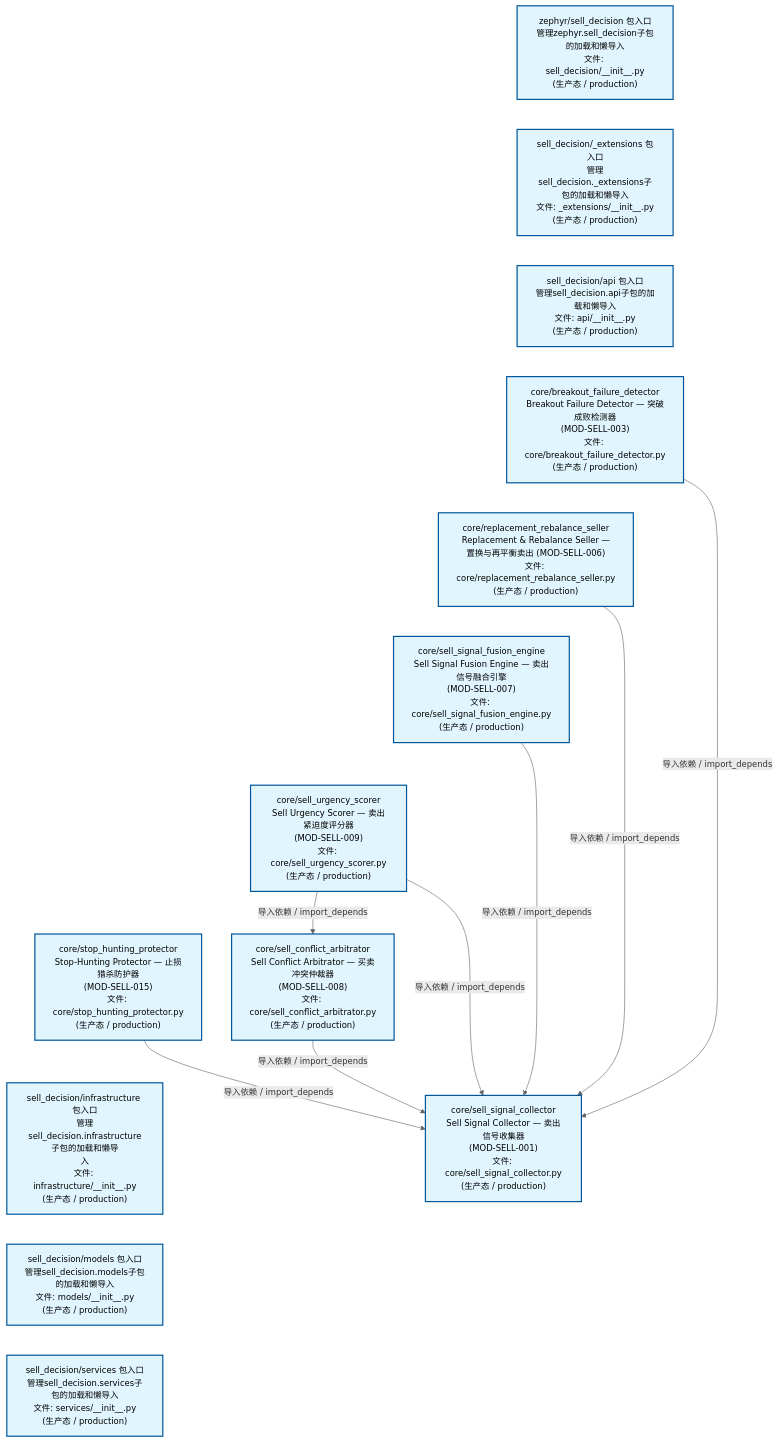
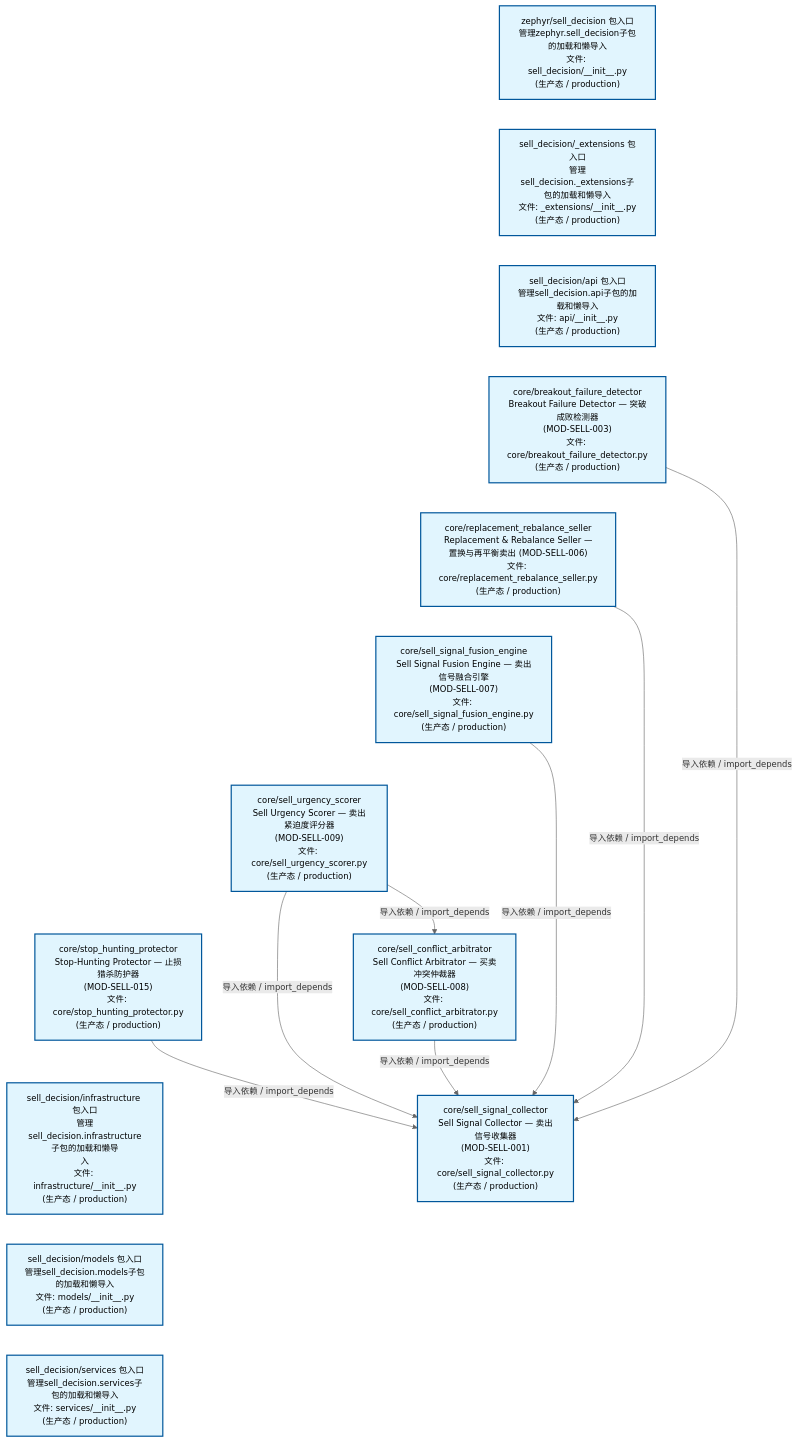
One commit to xuanFelixVan/ZephyrAlpha changed the second of 4 diagrams in docs/02_enterprise_architecture/02_domain_architecture_docs/67_d_sell_decision.md. Above: the diagram before and after it, drawn with Mermaid. The commit also changed other lines of this file and 52 other files, not shown here.

````diff
--- a/docs/02_enterprise_architecture/02_domain_architecture_docs/67_d_sell_decision.md
+++ b/docs/02_enterprise_architecture/02_domain_architecture_docs/67_d_sell_decision.md
@@ -150,39 +150,39 @@
 ```mermaid
 %%{init: {'theme': 'base', 'themeVariables': {'primaryColor': '#eaeaea', 'primaryTextColor': '#333333', 'primaryBorderColor': '#666666', 'lineColor': '#666666', 'secondaryColor': '#eaeaea', 'tertiaryColor': '#eaeaea', 'fontSize': '14px'}}}%%
 flowchart TD
     src_zephyr_sell_decision_init_py["zephyr/sell_decision 包入口<br/>管理zephyr.sell_decision子包的加载和懒导入<br/>文件: sell_decision/__init__.py<br/>(生产态 / production)"]
     src_zephyr_sell_decision_extensions_init_py["sell_decision/_extensions 包入口<br/>管理sell_decision._extensions子包的加载和懒导入<br/>文件: _extensions/__init__.py<br/>(生产态 / production)"]
     src_zephyr_sell_decision_api_init_py["sell_decision/api 包入口<br/>管理sell_decision.api子包的加载和懒导入<br/>文件: api/__init__.py<br/>(生产态 / production)"]
     src_zephyr_sell_decision_core_breakout_failure_detector_py["core/breakout_failure_detector<br/>Breakout Failure Detector — 突破成败检测器<br/>(MOD-SELL-003)<br/>文件: core/breakout_failure_detector.py<br/>(生产态 / production)"]
     src_zephyr_sell_decision_core_replacement_rebalance_seller_py["core/replacement_rebalance_seller<br/>Replacement & Rebalance Seller —<br/>置换与再平衡卖出 (MOD-SELL-006)<br/>文件: core/replacement_rebalance_seller.py<br/>(生产态 / production)"]
     src_zephyr_sell_decision_core_sell_signal_fusion_engine_py["core/sell_signal_fusion_engine<br/>Sell Signal Fusion Engine — 卖出信号融合引擎<br/>(MOD-SELL-007)<br/>文件: core/sell_signal_fusion_engine.py<br/>(生产态 / production)"]
     src_zephyr_sell_decision_core_sell_urgency_scorer_py["core/sell_urgency_scorer<br/>Sell Urgency Scorer — 卖出紧迫度评分器<br/>(MOD-SELL-009)<br/>文件: core/sell_urgency_scorer.py<br/>(生产态 / production)"]
     src_zephyr_sell_decision_core_stop_hunting_protector_py["core/stop_hunting_protector<br/>Stop-Hunting Protector — 止损猎杀防护器<br/>(MOD-SELL-015)<br/>文件: core/stop_hunting_protector.py<br/>(生产态 / production)"]
     src_zephyr_sell_decision_infrastructure_init_py["sell_decision/infrastructure 包入口<br/>管理sell_decision.infrastructure子包的加载和懒导<br/>入<br/>文件: infrastructure/__init__.py<br/>(生产态 / production)"]
     src_zephyr_sell_decision_models_init_py["sell_decision/models 包入口<br/>管理sell_decision.models子包的加载和懒导入<br/>文件: models/__init__.py<br/>(生产态 / production)"]
     src_zephyr_sell_decision_services_init_py["sell_decision/services 包入口<br/>管理sell_decision.services子包的加载和懒导入<br/>文件: services/__init__.py<br/>(生产态 / production)"]
     src_zephyr_sell_decision_init_py ~~~ src_zephyr_sell_decision_extensions_init_py
     src_zephyr_sell_decision_extensions_init_py ~~~ src_zephyr_sell_decision_api_init_py
     src_zephyr_sell_decision_api_init_py ~~~ src_zephyr_sell_decision_core_breakout_failure_detector_py
     src_zephyr_sell_decision_core_breakout_failure_detector_py ~~~ src_zephyr_sell_decision_core_replacement_rebalance_seller_py
     src_zephyr_sell_decision_core_replacement_rebalance_seller_py ~~~ src_zephyr_sell_decision_core_sell_signal_fusion_engine_py
     src_zephyr_sell_decision_core_sell_signal_fusion_engine_py ~~~ src_zephyr_sell_decision_core_sell_urgency_scorer_py
     src_zephyr_sell_decision_core_sell_urgency_scorer_py ~~~ src_zephyr_sell_decision_core_stop_hunting_protector_py
     src_zephyr_sell_decision_core_stop_hunting_protector_py ~~~ src_zephyr_sell_decision_infrastructure_init_py
     src_zephyr_sell_decision_infrastructure_init_py ~~~ src_zephyr_sell_decision_models_init_py
     src_zephyr_sell_decision_models_init_py ~~~ src_zephyr_sell_decision_services_init_py
     src_zephyr_sell_decision_core_sell_conflict_arbitrator_py["core/sell_conflict_arbitrator<br/>Sell Conflict Arbitrator — 买卖冲突仲裁器<br/>(MOD-SELL-008)<br/>文件: core/sell_conflict_arbitrator.py<br/>(生产态 / production)"]
     src_zephyr_sell_decision_core_sell_signal_collector_py["core/sell_signal_collector<br/>Sell Signal Collector — 卖出信号收集器<br/>(MOD-SELL-001)<br/>文件: core/sell_signal_collector.py<br/>(生产态 / production)"]
+    src_zephyr_sell_decision_core_replacement_rebalance_seller_py -->|导入依赖 / import_depends| src_zephyr_sell_decision_core_sell_signal_collector_py
     src_zephyr_sell_decision_core_breakout_failure_detector_py -->|导入依赖 / import_depends| src_zephyr_sell_decision_core_sell_signal_collector_py
+    src_zephyr_sell_decision_core_stop_hunting_protector_py -->|导入依赖 / import_depends| src_zephyr_sell_decision_core_sell_signal_collector_py
+    src_zephyr_sell_decision_core_sell_urgency_scorer_py -->|导入依赖 / import_depends| src_zephyr_sell_decision_core_sell_signal_collector_py
+    src_zephyr_sell_decision_core_sell_urgency_scorer_py -->|导入依赖 / import_depends| src_zephyr_sell_decision_core_sell_conflict_arbitrator_py
+    src_zephyr_sell_decision_core_sell_signal_fusion_engine_py -->|导入依赖 / import_depends| src_zephyr_sell_decision_core_sell_signal_collector_py
     src_zephyr_sell_decision_core_sell_conflict_arbitrator_py -->|导入依赖 / import_depends| src_zephyr_sell_decision_core_sell_signal_collector_py
-    src_zephyr_sell_decision_core_sell_signal_fusion_engine_py -->|导入依赖 / import_depends| src_zephyr_sell_decision_core_sell_signal_collector_py
-    src_zephyr_sell_decision_core_sell_urgency_scorer_py -->|导入依赖 / import_depends| src_zephyr_sell_decision_core_sell_conflict_arbitrator_py
-    src_zephyr_sell_decision_core_sell_urgency_scorer_py -->|导入依赖 / import_depends| src_zephyr_sell_decision_core_sell_signal_collector_py
-    src_zephyr_sell_decision_core_replacement_rebalance_seller_py -->|导入依赖 / import_depends| src_zephyr_sell_decision_core_sell_signal_collector_py
-    src_zephyr_sell_decision_core_stop_hunting_protector_py -->|导入依赖 / import_depends| src_zephyr_sell_decision_core_sell_signal_collector_py
     classDef production fill:#e1f5fe,stroke:#01579b,stroke-width:2px,color:#000
     classDef design fill:#fff3e0,stroke:#e65100,stroke-width:2px,color:#000,stroke-dasharray: 5 5
     classDef external_prod fill:#e8f4fd,stroke:#0277bd,stroke-width:1px,color:#000
     classDef external_design fill:#fff8e7,stroke:#ef6c00,stroke-width:1px,color:#000,stroke-dasharray: 5 5
     class src_zephyr_sell_decision_init_py,src_zephyr_sell_decision_extensions_init_py,src_zephyr_sell_decision_api_init_py,src_zephyr_sell_decision_core_breakout_failure_detector_py,src_zephyr_sell_decision_core_replacement_rebalance_seller_py,src_zephyr_sell_decision_core_sell_conflict_arbitrator_py,src_zephyr_sell_decision_core_sell_signal_collector_py,src_zephyr_sell_decision_core_sell_signal_fusion_engine_py,src_zephyr_sell_decision_core_sell_urgency_scorer_py,src_zephyr_sell_decision_core_stop_hunting_protector_py,src_zephyr_sell_decision_infrastructure_init_py,src_zephyr_sell_decision_models_init_py,src_zephyr_sell_decision_services_init_py production
 ```
````
